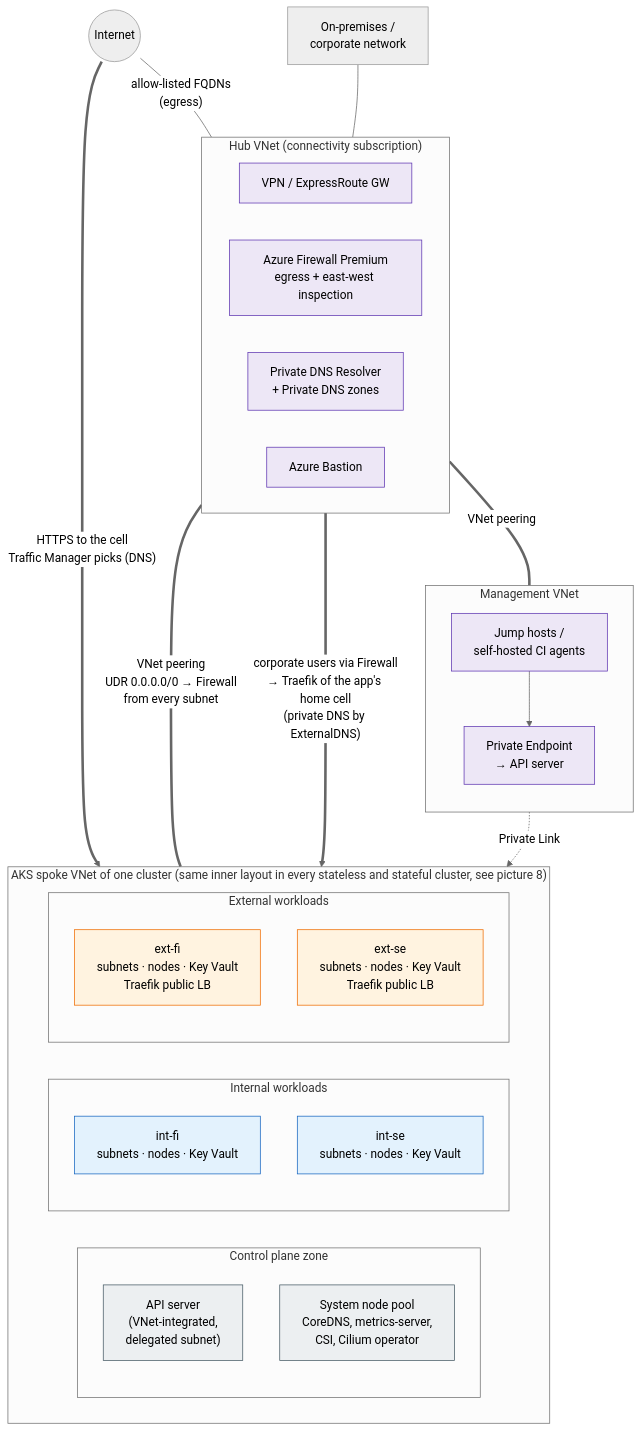
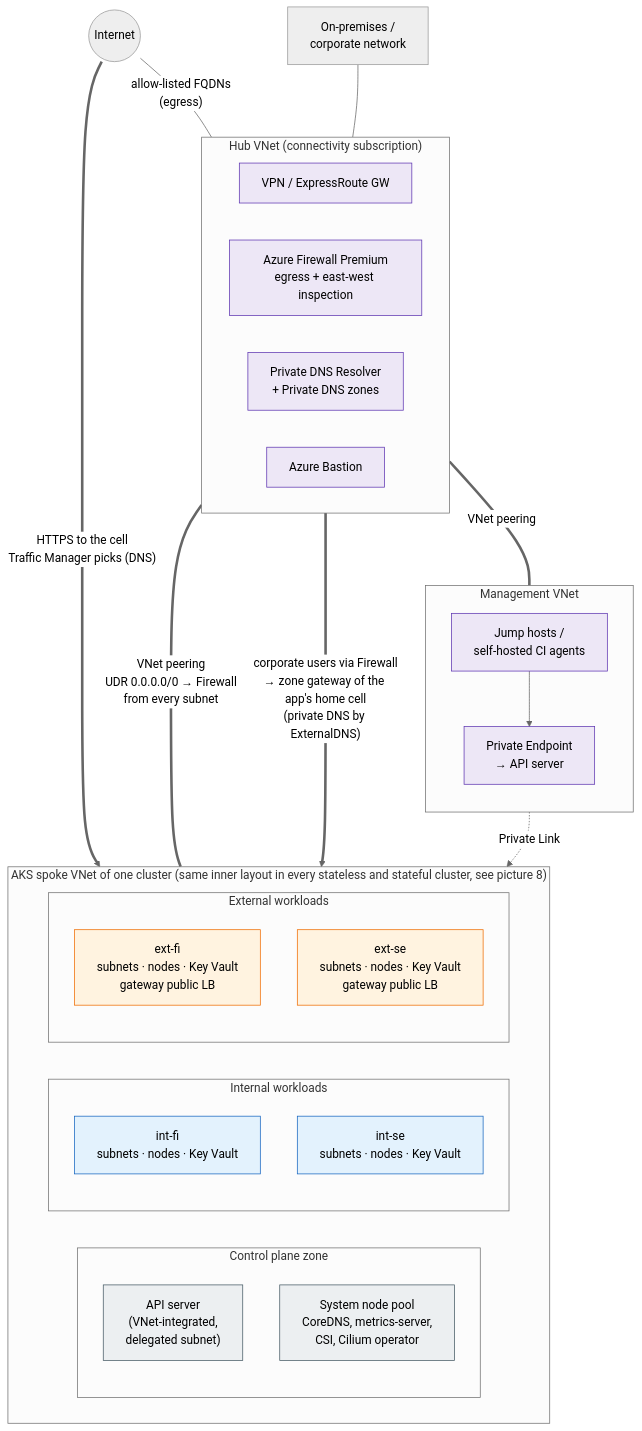
One commit to onek8s/onek8s.github.io changed the diagram in diagrams/01-overview.mmd. Above: the diagram before and after it, drawn with Mermaid (neutral theme). The commit also changed 37 other files, not shown here.

First line of the commit message:
App Routing's Gateway API (approuting-istio) instead of Traefik (#25)

```diff
--- a/diagrams/01-overview.mmd
+++ b/diagrams/01-overview.mmd
@@ -1,54 +1,54 @@
 %% High-level landing zone: hub, management network and the AKS spoke with isolation zones
 flowchart TB
     internet(("Internet"))
     onprem["On-premises /<br/>corporate network"]
 
     subgraph HUB["Hub VNet (connectivity subscription)"]
         direction LR
         gw["VPN / ExpressRoute GW"]
         fw["Azure Firewall Premium<br/>egress + east-west inspection"]
         dns["Private DNS Resolver<br/>+ Private DNS zones"]
         bastion["Azure Bastion"]
     end
 
     subgraph MGMT["Management VNet"]
         direction TB
         jump["Jump hosts /<br/>self-hosted CI agents"]
         pe_api["Private Endpoint<br/>→ API server"]
     end
 
     subgraph SPOKE["AKS spoke VNet of one cluster (same inner layout in every stateless and stateful cluster, see picture 8)"]
         direction LR
         subgraph CP["Control plane zone"]
             direction TB
             api["API server<br/>(VNet-integrated,<br/>delegated subnet)"]
             sys["System node pool<br/>CoreDNS, metrics-server,<br/>CSI, Cilium operator"]
         end
         subgraph INT["Internal workloads"]
             direction TB
             intfi["int-fi<br/>subnets · nodes · Key Vault"]
             intse["int-se<br/>subnets · nodes · Key Vault"]
         end
         subgraph EXT["External workloads"]
             direction TB
-            extfi["ext-fi<br/>subnets · nodes · Key Vault<br/>Traefik public LB"]
-            extse["ext-se<br/>subnets · nodes · Key Vault<br/>Traefik public LB"]
+            extfi["ext-fi<br/>subnets · nodes · Key Vault<br/>gateway public LB"]
+            extse["ext-se<br/>subnets · nodes · Key Vault<br/>gateway public LB"]
         end
     end
 
     onprem --- gw
     internet ---|"allow-listed FQDNs<br/>(egress)"| fw
     HUB ===|"VNet peering"| MGMT
     HUB ===|"VNet peering<br/>UDR 0.0.0.0/0 → Firewall<br/>from every subnet"| SPOKE
     jump --> pe_api -.->|"Private Link"| api
     internet ==>|"HTTPS to the cell<br/>Traffic Manager picks (DNS)"| EXT
-    fw ==>|"corporate users via Firewall<br/>→ Traefik of the app's home cell<br/>(private DNS by ExternalDNS)"| INT
+    fw ==>|"corporate users via Firewall<br/>→ zone gateway of the app's home cell<br/>(private DNS by ExternalDNS)"| INT
 
     classDef hub fill:#ede7f6,stroke:#5e35b1,color:#000
     classDef cp fill:#eceff1,stroke:#455a64,color:#000
     classDef int fill:#e3f2fd,stroke:#1565c0,color:#000
     classDef ext fill:#fff3e0,stroke:#ef6c00,color:#000
     class fw,dns,gw,bastion,jump,pe_api hub
     class api,sys cp
     class intfi,intse int
     class extfi,extse ext
```
